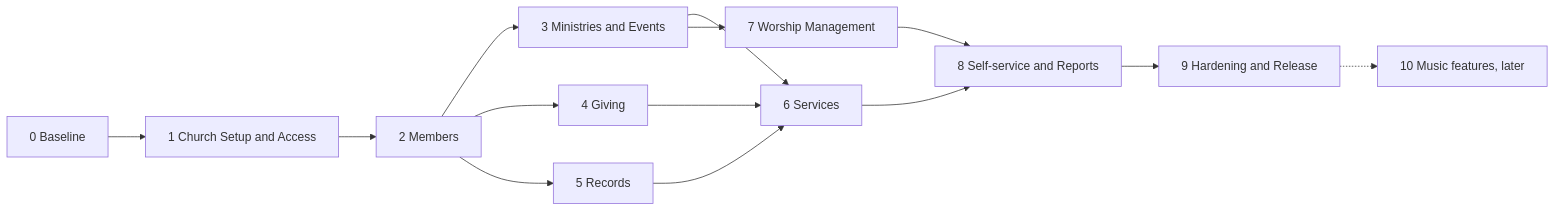
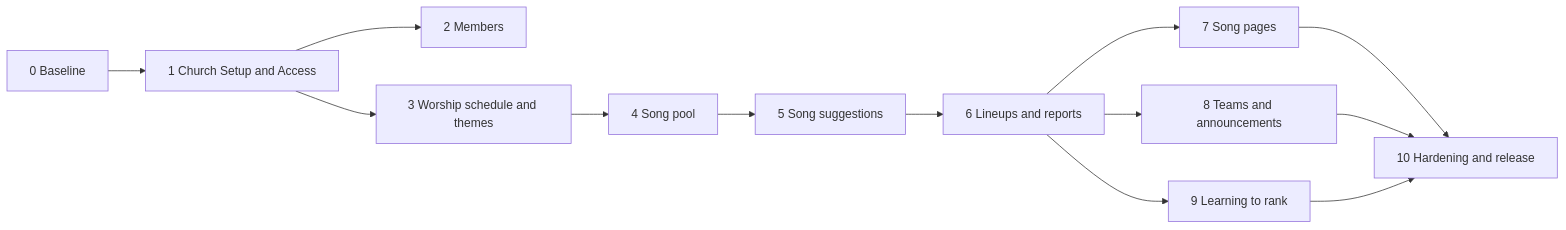
One commit to Jeoff1/CHORD-NewVer changed the diagram in docs/CHORD-Vault/04-Development/Development-Plan.md. Above: the diagram before and after it, drawn with Mermaid. The commit also changed other lines of this file and 57 other files, not shown here.

First line of the commit message:
Phase 3: worship schedule and themes; re-scope to the concept brief

````diff
--- a/docs/CHORD-Vault/04-Development/Development-Plan.md
+++ b/docs/CHORD-Vault/04-Development/Development-Plan.md
@@ -19,15 +16,14 @@
 ```mermaid
 flowchart LR
   P0[0 Baseline] --> P1[1 Church Setup and Access] --> P2[2 Members]
-  P2 --> P3[3 Ministries and Events]
-  P2 --> P4[4 Giving]
-  P2 --> P5[5 Records]
-  P3 --> P6[6 Services]
-  P4 --> P6
-  P5 --> P6
-  P3 --> P7[7 Worship Management]
-  P6 --> P8[8 Self-service and Reports]
-  P7 --> P8
-  P8 --> P9[9 Hardening and Release]
-  P9 -.-> P10[10 Music features, later]
+  P1 --> P3[3 Worship schedule and themes]
+  P3 --> P4[4 Song pool]
+  P4 --> P5[5 Song suggestions]
+  P5 --> P6[6 Lineups and reports]
+  P6 --> P7[7 Song pages]
+  P6 --> P8[8 Teams and announcements]
+  P6 --> P9[9 Learning to rank]
+  P7 --> P10[10 Hardening and release]
+  P8 --> P10
+  P9 --> P10
 ```
````
